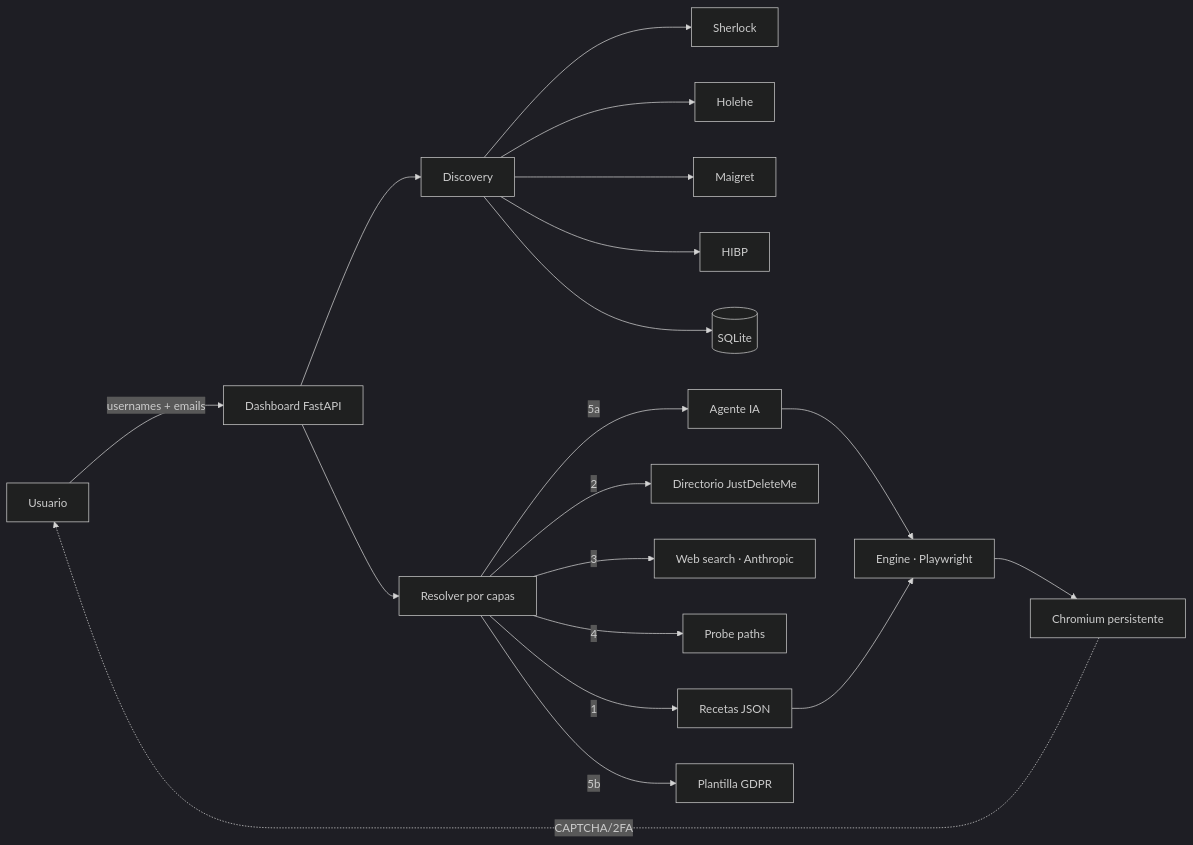
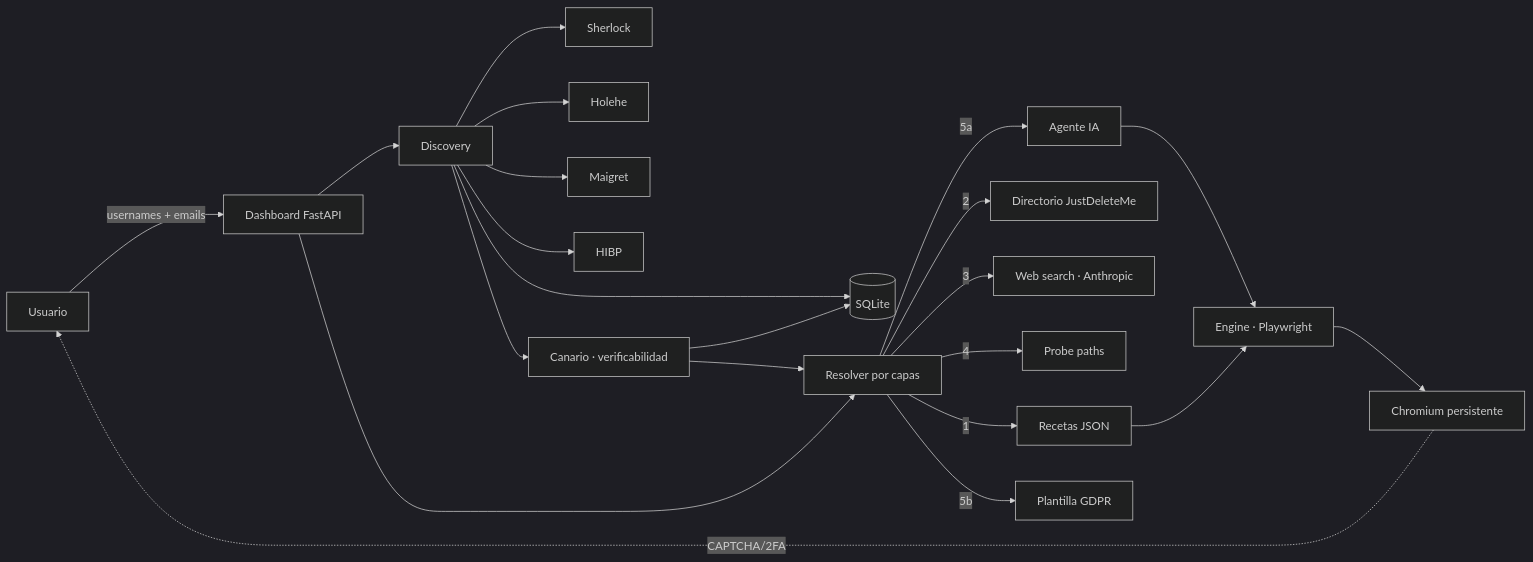
Before and after one commit to je7remy/Rastrillo: the diagram in README.md, drawn with Mermaid (dark theme). The commit also changed other lines of this file and 20 other files, not shown here.

````diff
--- a/README.md
+++ b/README.md
@@ -72,21 +74,24 @@
 ```mermaid
 flowchart LR
     U[Usuario] -->|usernames + emails| D[Dashboard FastAPI]
     D --> DISC[Discovery]
     DISC --> SH[Sherlock]
     DISC --> HO[Holehe]
     DISC --> MA[Maigret]
     DISC --> HI[HIBP]
     DISC --> DB[(SQLite)]
-    D --> RES[Resolver por capas]
+    DISC --> CAN[Canario · verificabilidad]
+    CAN --> DB
+    CAN --> RES[Resolver por capas]
+    D --> RES
     RES -->|1| REC[Recetas JSON]
     RES -->|2| DIR[Directorio JustDeleteMe]
     RES -->|3| WS[Web search · Anthropic]
     RES -->|4| PR[Probe paths]
     RES -->|5a| AI[Agente IA]
     RES -->|5b| GD[Plantilla GDPR]
     AI --> ENG[Engine · Playwright]
     REC --> ENG
     ENG --> CR[Chromium persistente]
     CR -.CAPTCHA/2FA.-> U
 ```
````
